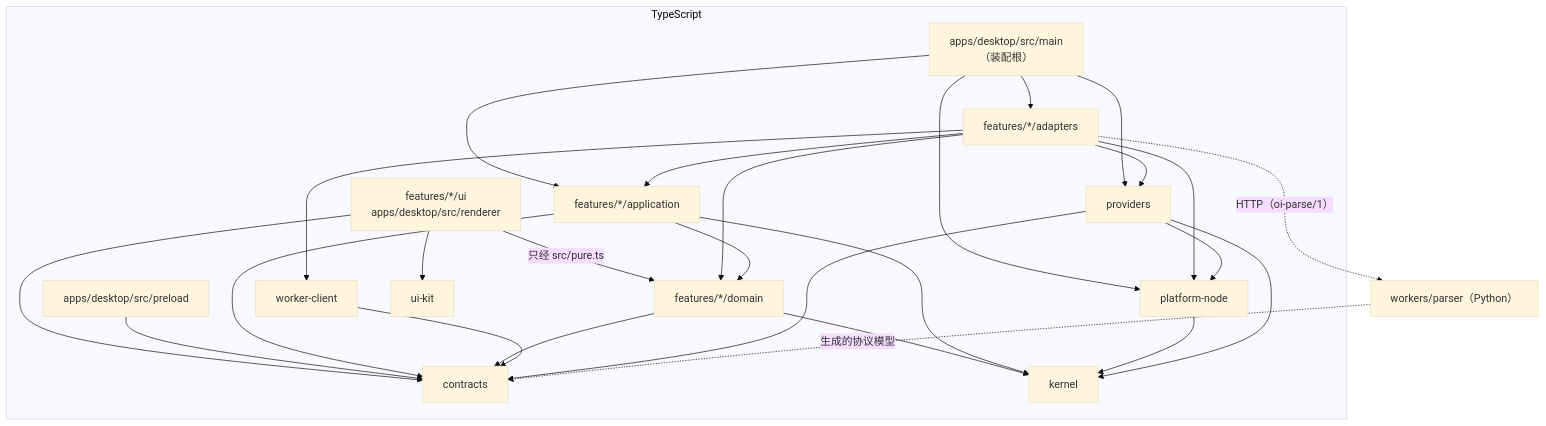
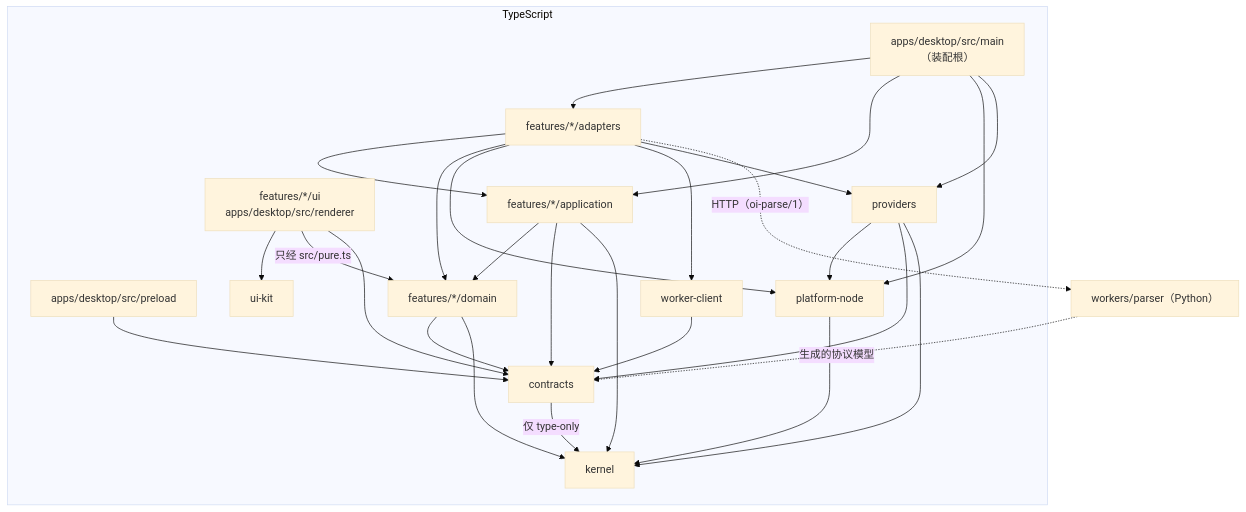
The third of 6 diagrams in ARCHITECTURE.md (wisdom-km/open-immerse-v2), drawn with Mermaid (base theme) before and after one commit. The commit also changed other lines of this file and 7 other files, not shown here.

````diff
--- a/ARCHITECTURE.md
+++ b/ARCHITECTURE.md
@@ -642,44 +645,45 @@
 ```mermaid
 flowchart TB
   subgraph TS["TypeScript"]
     UI["features/*/ui<br/>apps/desktop/src/renderer"]
     PRE["apps/desktop/src/preload"]
     MAIN["apps/desktop/src/main<br/>（装配根）"]
     ADP["features/*/adapters"]
     APP["features/*/application"]
     DOM["features/*/domain"]
     PN["platform-node"]
     WC["worker-client"]
     PV["providers"]
     UK["ui-kit"]
     C["contracts"]
     K["kernel"]
   end
   PY["workers/parser（Python）"]
 
   UI --> UK
   UI -- "只经 src/pure.ts" --> DOM
   UI --> C
   PRE --> C
   MAIN --> ADP
   MAIN --> APP
   MAIN --> PN
   MAIN --> PV
   ADP --> APP
   ADP --> DOM
   ADP --> PN
   ADP --> WC
   ADP --> PV
   APP --> DOM
   APP --> C
   DOM --> C
   DOM --> K
   APP --> K
   PN --> K
   WC --> C
   PV --> PN
   PV --> C
   PV --> K
   ADP -. "HTTP（oi-parse/1）" .-> PY
   PY -. "生成的协议模型" .-> C
+  C -- "仅 type-only" --> K
 ```
````
